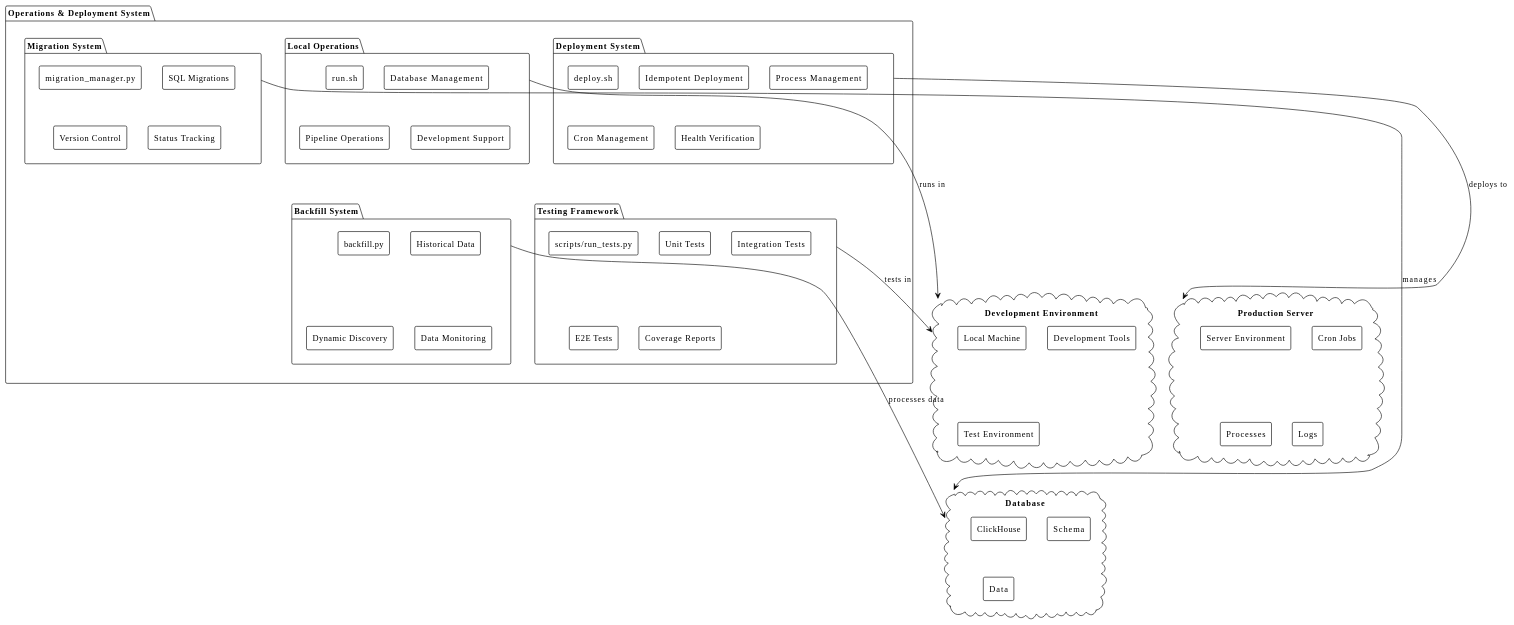
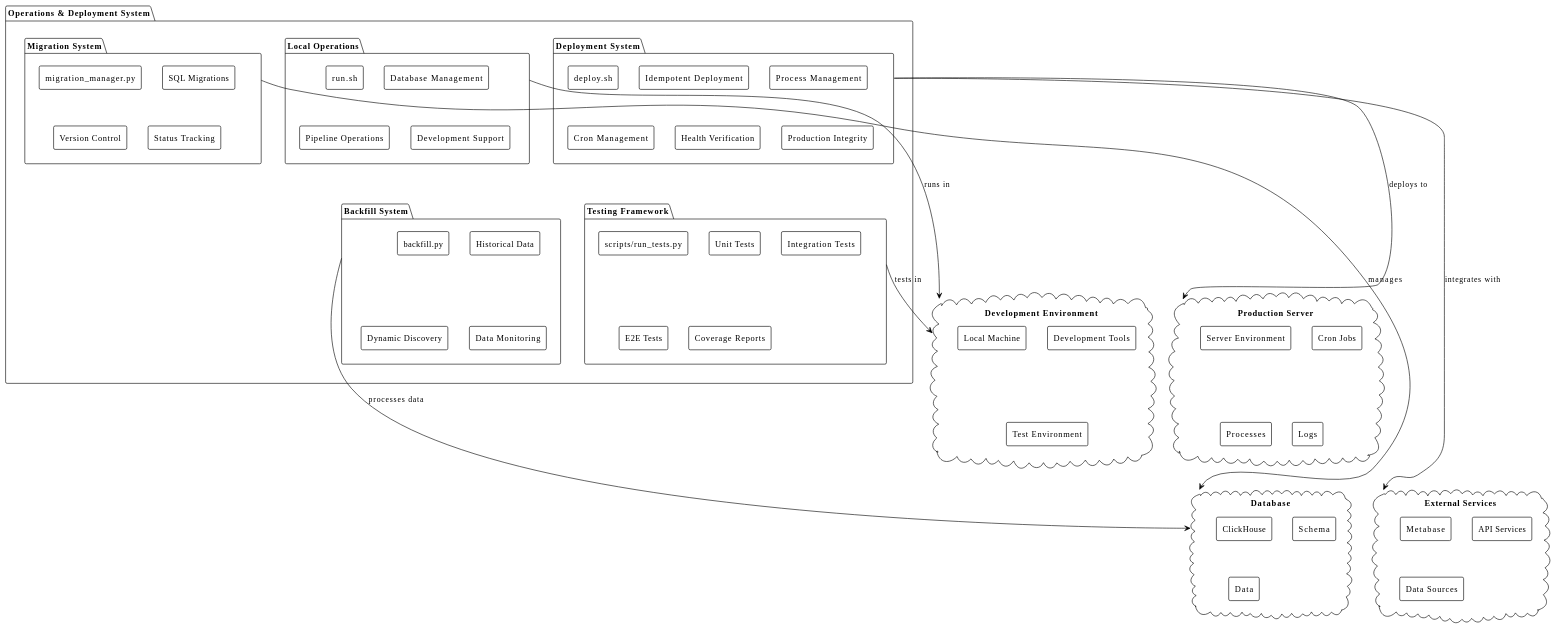
Before and after one commit to imancn/data-processor-python: the first of 7 diagrams in docs/architecture/04-operations-deployment.md, drawn with PlantUML. The commit also changed other lines of this file and 21 other files, not shown here.

````diff
--- a/docs/architecture/04-operations-deployment.md
+++ b/docs/architecture/04-operations-deployment.md
@@ -9,74 +9,82 @@
 ```plantuml
 @startuml Operations & Deployment
 !theme plain
 skinparam backgroundColor #FFFFFF
 skinparam componentStyle rectangle
 
 package "Operations & Deployment System" {
     
     package "Deployment System" as Deployment {
         component [deploy.sh] as DeployScript
         component [Idempotent Deployment] as IdempotentDeploy
         component [Process Management] as ProcessManagement
         component [Cron Management] as CronManagement
         component [Health Verification] as HealthVerification
+        component [Production Integrity] as ProductionIntegrity
     }
     
     package "Local Operations" as LocalOps {
         component [run.sh] as RunScript
         component [Database Management] as DatabaseManagement
         component [Pipeline Operations] as PipelineOperations
         component [Process Management] as ProcessManagement
         component [Development Support] as DevelopmentSupport
     }
     
     package "Migration System" as MigrationSystem {
         component [migration_manager.py] as MigrationManager
         component [SQL Migrations] as SQLMigrations
         component [Version Control] as VersionControl
         component [Status Tracking] as StatusTracking
     }
     
     package "Testing Framework" as TestingFramework {
         component [scripts/run_tests.py] as TestRunner
         component [Unit Tests] as UnitTests
         component [Integration Tests] as IntegrationTests
         component [E2E Tests] as E2ETests
         component [Coverage Reports] as CoverageReports
     }
     
     package "Backfill System" as BackfillSystem {
         component [backfill.py] as BackfillScript
         component [Historical Data] as HistoricalData
         component [Dynamic Discovery] as DynamicDiscovery
         component [Data Monitoring] as DataMonitoring
     }
 }
 
 cloud "Development Environment" as DevEnv {
     component [Local Machine] as LocalMachine
     component [Development Tools] as DevTools
     component [Test Environment] as TestEnv
 }
 
 cloud "Production Server" as ProdServer {
     component [Server Environment] as ServerEnv
     component [Cron Jobs] as CronJobs
     component [Processes] as Processes
     component [Logs] as Logs
 }
 
 cloud "Database" as Database {
     component [ClickHouse] as ClickHouse
     component [Schema] as Schema
     component [Data] as Data
 }
 
+cloud "External Services" as ExternalServices {
+    component [Metabase] as Metabase
+    component [API Services] as APIServices
+    component [Data Sources] as DataSources
+}
+
 Deployment --> ProdServer : deploys to
 LocalOps --> DevEnv : runs in
 MigrationSystem --> Database : manages
 TestingFramework --> DevEnv : tests in
 BackfillSystem --> Database : processes data
+Deployment --> ExternalServices : integrates with
 
 @enduml
 ```
````
